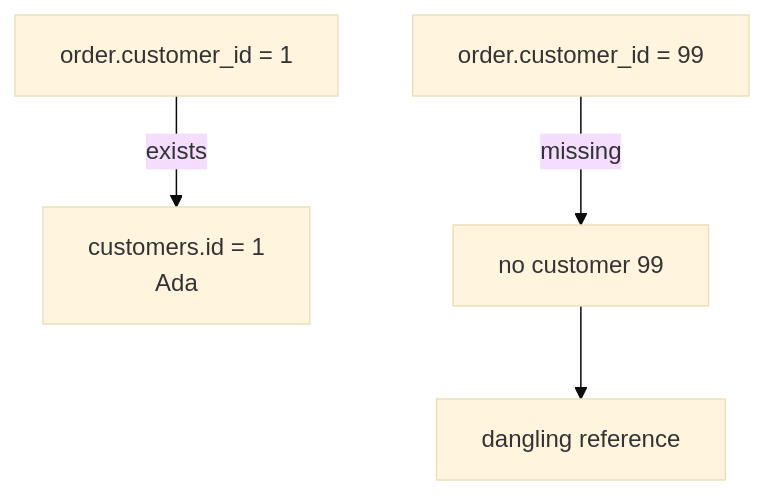
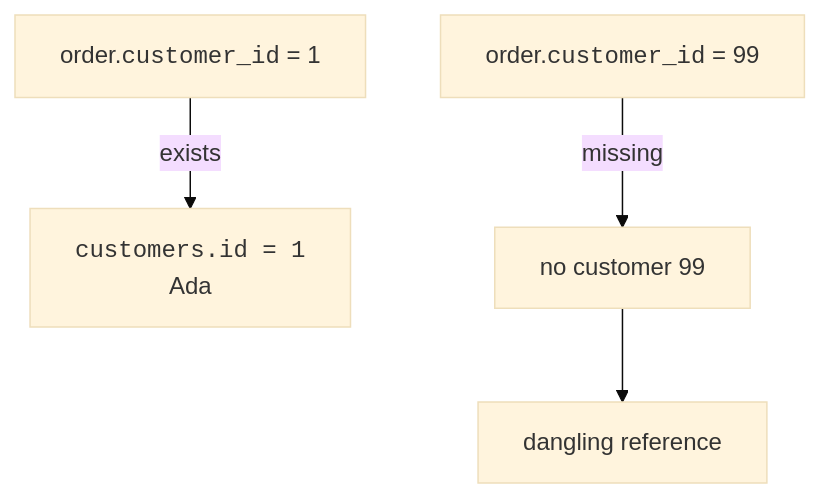
One commit to dataslope/dataslope changed the third of 4 diagrams in content/learn/sqlite-for-beginners/foreign-keys.mdx. Above: the diagram before and after it, drawn with Mermaid (base theme). The commit also changed other lines of this file and 218 other files, not shown here.

First line of the commit message:
Render code-only mermaid shapes in monospace; convert step sequences to Steps (#467)

````diff
--- a/content/learn/sqlite-for-beginners/foreign-keys.mdx
+++ b/content/learn/sqlite-for-beginners/foreign-keys.mdx
@@ -90,6 +90,6 @@
 ```mermaid
 flowchart TB
-    Good["order.customer_id = 1"] -->|"exists"| Ada["customers.id = 1<br/>Ada"]
-    Bad["order.customer_id = 99"] -->|"missing"| Missing["no customer 99"]
+    Good["order.<code>customer_id</code> = 1"] -->|"exists"| Ada["<code>customers.id = 1</code><br/>Ada"]
+    Bad["order.<code>customer_id</code> = 99"] -->|"missing"| Missing["no customer 99"]
     Missing --> Warning["dangling reference"]
 ```
````
